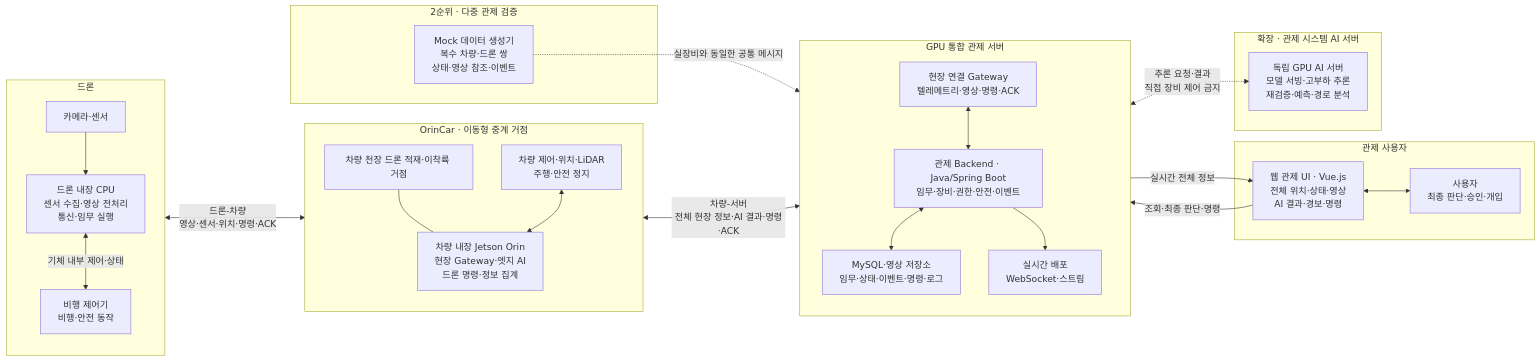
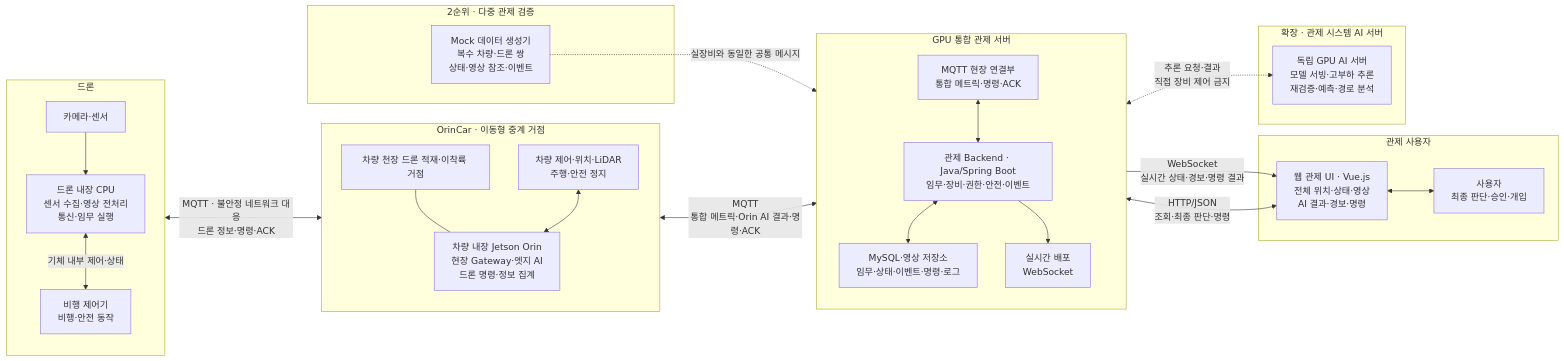
Before and after one commit to yeonsookr/ai-drone-vehicle-fire-rescue-control: the first of 4 diagrams in architecture_blueprint.md, drawn with Mermaid. The commit also changed other lines of this file and 1 other file, not shown here.

````diff
--- a/architecture_blueprint.md
+++ b/architecture_blueprint.md
@@ -14,59 +14,59 @@
 ```mermaid
 flowchart LR
     subgraph DRONE["드론"]
         direction TB
 
         SENSOR["카메라·센서"]
         DCPU["드론 내장 CPU<br/>센서 수집·영상 전처리<br/>통신·임무 실행"]
         FC["비행 제어기<br/>비행·안전 동작"]
 
         SENSOR --> DCPU
         DCPU <-->|"기체 내부 제어·상태"| FC
     end
 
     subgraph VEHICLE["OrinCar · 이동형 중계 거점"]
         direction TB
 
         DOCK["차량 천장 드론 적재·이착륙 거점"]
         ORIN["차량 내장 Jetson Orin<br/>현장 Gateway·엣지 AI<br/>드론 명령·정보 집계"]
         CARCTRL["차량 제어·위치·LiDAR<br/>주행·안전 정지"]
 
         DOCK --- ORIN
         CARCTRL <--> ORIN
     end
 
     subgraph CENTER["GPU 통합 관제 서버"]
         direction TB
 
-        INGEST["현장 연결 Gateway<br/>텔레메트리·영상·명령·ACK"]
+        INGEST["MQTT 현장 연결부<br/>통합 메트릭·명령·ACK"]
         SERVER["관제 Backend · Java/Spring Boot<br/>임무·장비·권한·안전·이벤트"]
         DB["MySQL·영상 저장소<br/>임무·상태·이벤트·명령·로그"]
-        REALTIME["실시간 배포<br/>WebSocket·스트림"]
+        REALTIME["실시간 배포<br/>WebSocket"]
 
         INGEST <--> SERVER
         SERVER <--> DB
         SERVER --> REALTIME
     end
 
     subgraph USER["관제 사용자"]
         UI["웹 관제 UI · Vue.js<br/>전체 위치·상태·영상<br/>AI 결과·경보·명령"]
         OP["사용자<br/>최종 판단·승인·개입"]
 
         UI <--> OP
     end
 
     subgraph MOCK["2순위 · 다중 관제 검증"]
         MOCKDATA["Mock 데이터 생성기<br/>복수 차량·드론 쌍<br/>상태·영상 참조·이벤트"]
     end
 
     subgraph AIEXP["확장 · 관제 시스템 AI 서버"]
         AISERVER["독립 GPU AI 서버<br/>모델 서빙·고부하 추론<br/>재검증·예측·경로 분석"]
     end
 
-    DCPU <-->|"드론-차량<br/>영상·센서·위치·명령·ACK"| ORIN
-    ORIN <-->|"차량-서버<br/>전체 현장 정보·AI 결과·명령·ACK"| INGEST
-    REALTIME -->|"실시간 전체 정보"| UI
-    UI -->|"조회·최종 판단·명령"| SERVER
+    DCPU <-->|"MQTT · 불안정 네트워크 대응<br/>드론 정보·명령·ACK"| ORIN
+    ORIN <-->|"MQTT<br/>통합 메트릭·Orin AI 결과·명령·ACK"| INGEST
+    REALTIME -->|"WebSocket<br/>실시간 상태·경보·명령 결과"| UI
+    UI <-->|"HTTP/JSON<br/>조회·최종 판단·명령"| SERVER
     MOCKDATA -.->|"실장비와 동일한 공통 메시지"| INGEST
     SERVER <-.->|"추론 요청·결과<br/>직접 장비 제어 금지"| AISERVER
 ```
````
